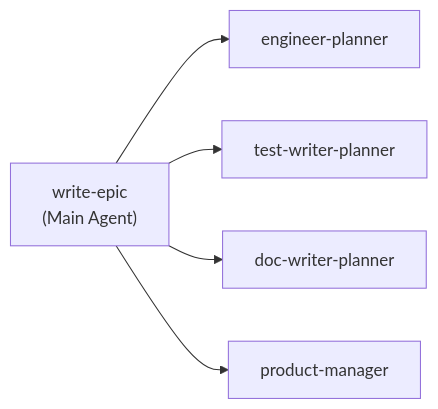
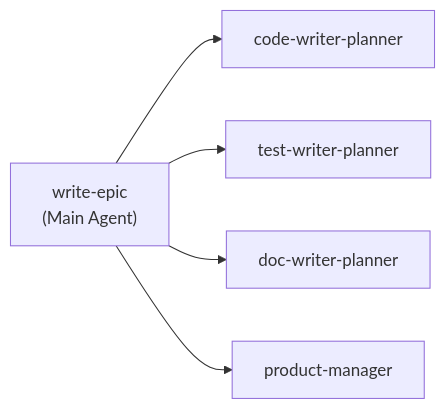
One commit to gabemahoney/SDLC changed the fourth of 8 diagrams in docs/who-runs-which-skill.md. Above: the diagram before and after it, drawn with Mermaid. The commit also changed other lines of this file and 16 other files, not shown here.

First line of the commit message:
b.9uo: rename engineer to code-writer and engineer-planner to code-writer-planner

````diff
--- a/docs/who-runs-which-skill.md
+++ b/docs/who-runs-which-skill.md
@@ -36,8 +36,8 @@
 ```mermaid
 flowchart LR
   M["write-epic<br/>(Main Agent)"]
-  M --> C0["engineer-planner"]
+  M --> C0["code-writer-planner"]
   M --> C1["test-writer-planner"]
   M --> C2["doc-writer-planner"]
   M --> C3["product-manager"]
 ```
````
